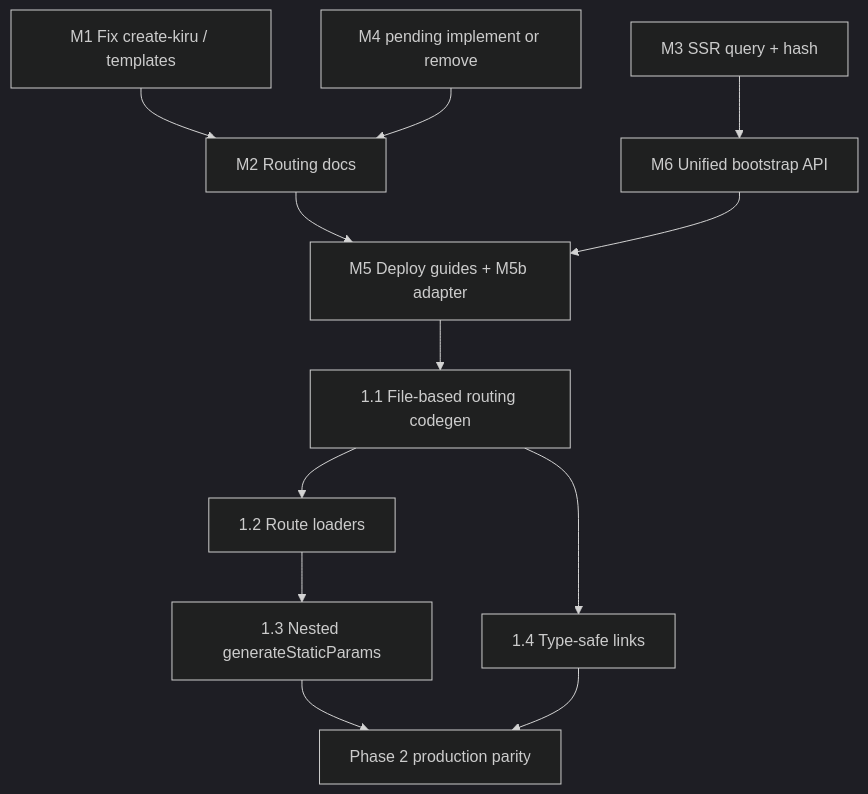
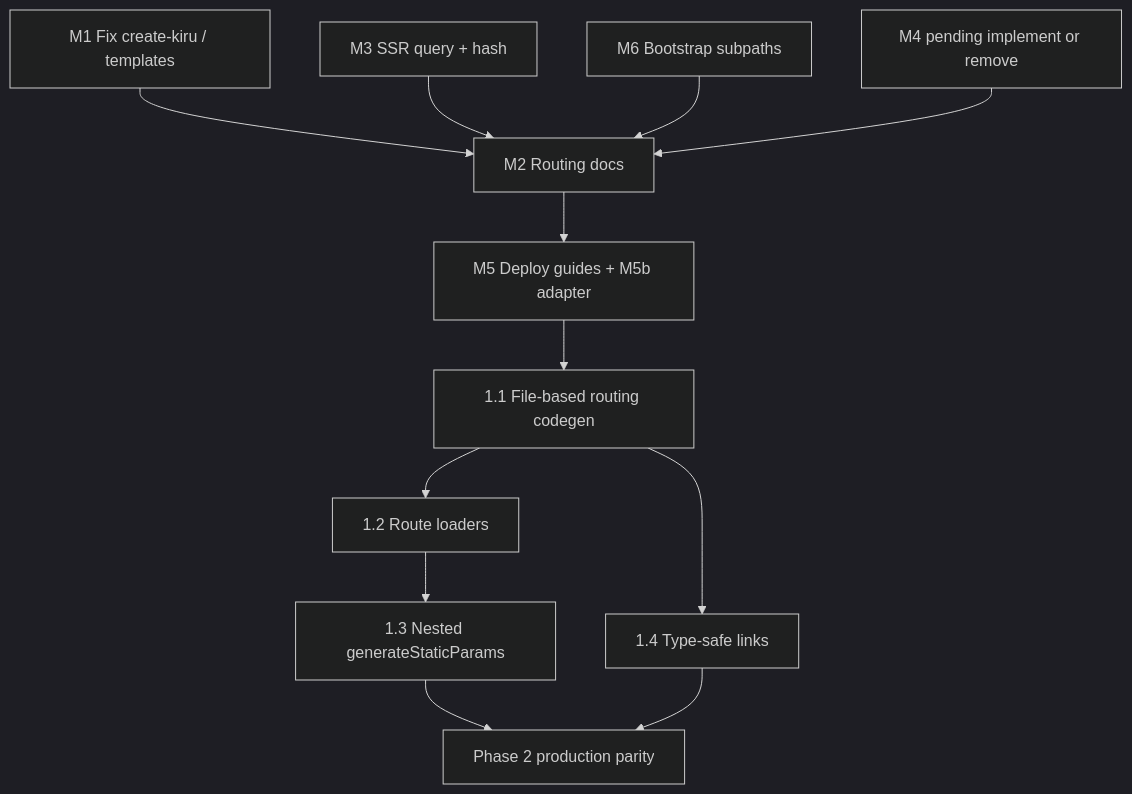
Before and after one commit to kirujs/kiru: the diagram in docs/router-adoption-plan.md, drawn with Mermaid (dark theme). The commit also changed other lines of this file and 25 other files, not shown here.

````diff
--- a/docs/router-adoption-plan.md
+++ b/docs/router-adoption-plan.md
@@ -139,26 +140,26 @@
 ```mermaid
 flowchart TD
   M1[M1 Fix create-kiru / templates]
   M2[M2 Routing docs]
   M3[M3 SSR query + hash]
   M4[M4 pending implement or remove]
-  M6[M6 Unified bootstrap API]
+  M6[M6 Bootstrap subpaths]
   M5[M5 Deploy guides + M5b adapter]
   P1A[1.1 File-based routing codegen]
   P1B[1.2 Route loaders]
   P1C[1.3 Nested generateStaticParams]
   P1D[1.4 Type-safe links]
   P2[Phase 2 production parity]
 
   M1 --> M2
-  M3 --> M6
+  M3 --> M2
+  M6 --> M2
   M4 --> M2
   M2 --> M5
-  M6 --> M5
   M5 --> P1A
   P1A --> P1B
   P1B --> P1C
   P1A --> P1D
   P1C --> P2
   P1D --> P2
 ```
````
